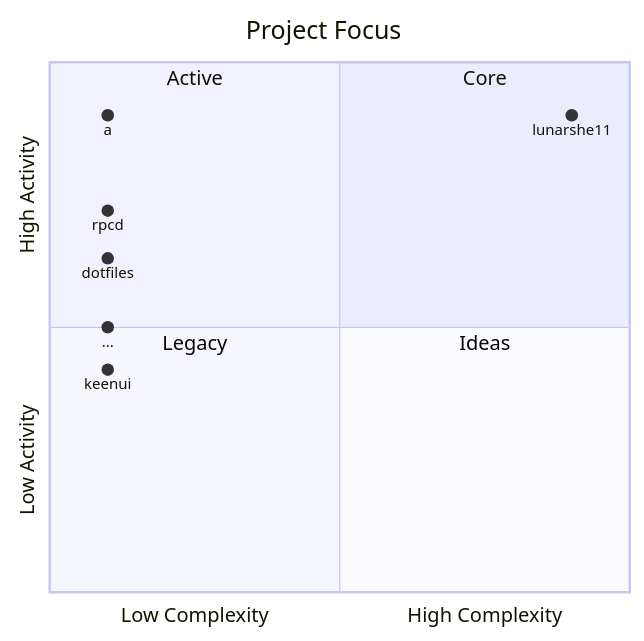
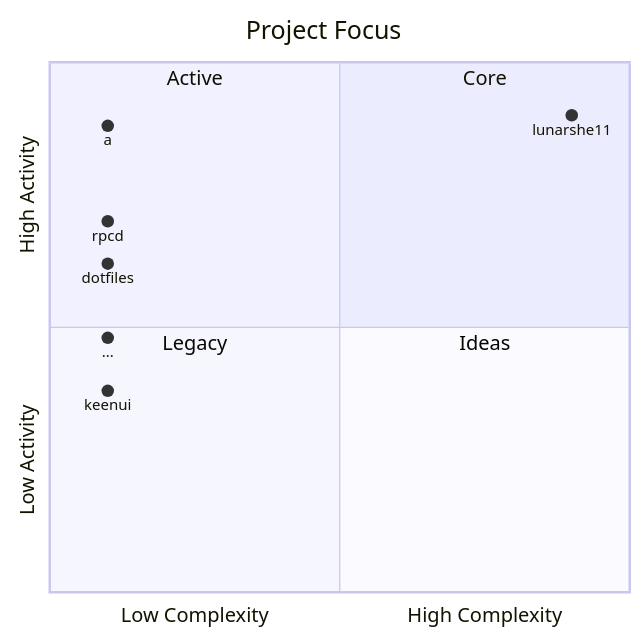
One commit to lunarshe11/lunarshe11 changed the first of 3 diagrams in README.md. Above: the diagram before and after it, drawn with Mermaid. The commit also changed other lines of this file, not shown here.

Commit message:
auto: update log activity 2026-10-27 20:12:08

````diff
--- a/README.md
+++ b/README.md
@@ -13,16 +13,16 @@
 ```mermaid
 quadrantChart
     title Project Focus
     x-axis Low Complexity --> High Complexity
     y-axis Low Activity --> High Activity
     quadrant-1 Core
     quadrant-2 Active
     quadrant-3 Legacy
     quadrant-4 Ideas
     lunarshe11: [0.9, 0.9]
-    a: [0.1, 0.9]
-    rpcd: [0.1, 0.72]
-    dotfiles: [0.1, 0.63]
-    ...: [0.1, 0.5]
-    keenui: [0.1, 0.42]
+    a: [0.1, 0.88]
+    rpcd: [0.1, 0.7]
+    dotfiles: [0.1, 0.62]
+    ...: [0.1, 0.48]
+    keenui: [0.1, 0.38]
 ```
````
